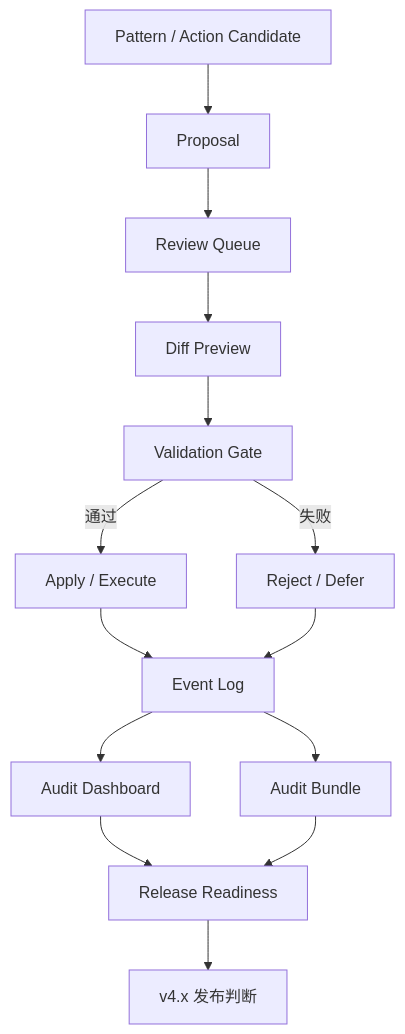
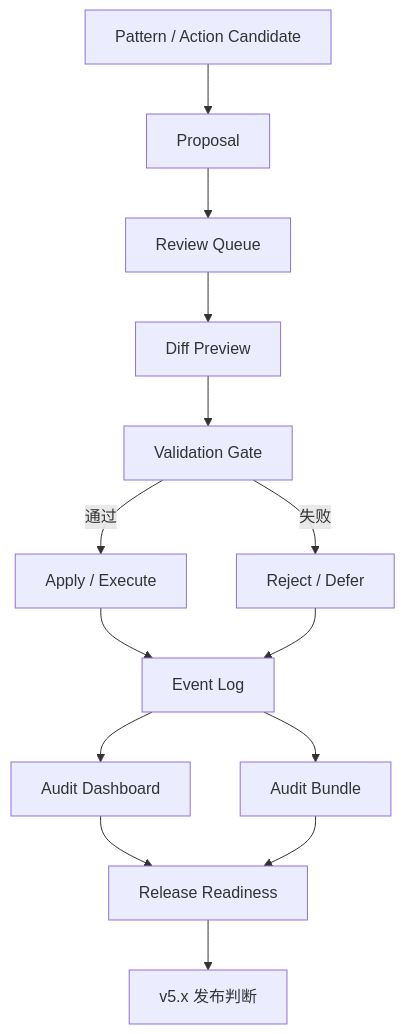
Before and after one commit to 326sun/Hanako-runtime-learner: the second of 2 diagrams in ARCHITECTURE.md, drawn with Mermaid. The commit also changed other lines of this file and 89 other files, not shown here.

````diff
--- a/ARCHITECTURE.md
+++ b/ARCHITECTURE.md
@@ -89,16 +89,16 @@
 ```mermaid
 flowchart TD
     A["Pattern / Action Candidate"] --> B["Proposal"]
     B --> C["Review Queue"]
     C --> D["Diff Preview"]
     D --> E["Validation Gate"]
     E -->|通过| F["Apply / Execute"]
     E -->|失败| G["Reject / Defer"]
     F --> H["Event Log"]
     G --> H
     H --> I["Audit Dashboard"]
     H --> J["Audit Bundle"]
     I --> K["Release Readiness"]
     J --> K
-    K --> L["v4.x 发布判断"]
+    K --> L["v5.x 发布判断"]
 ```
````
